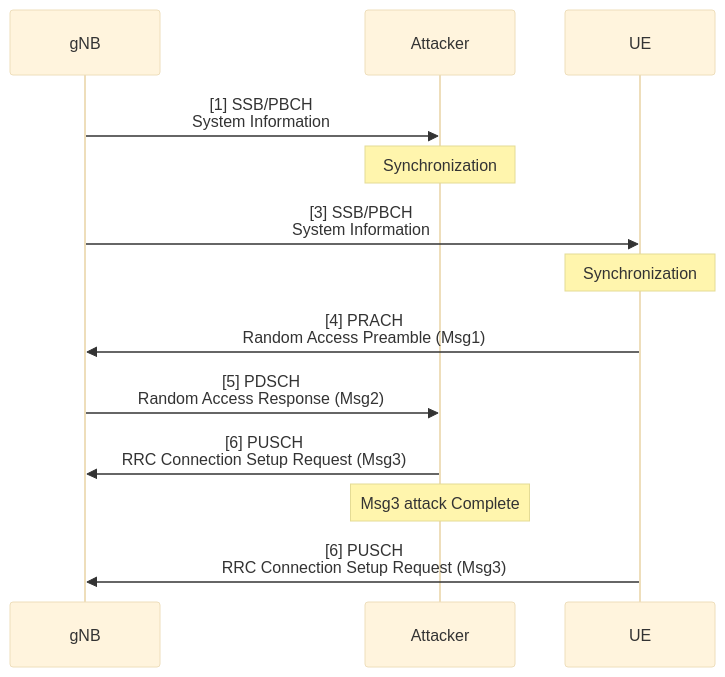
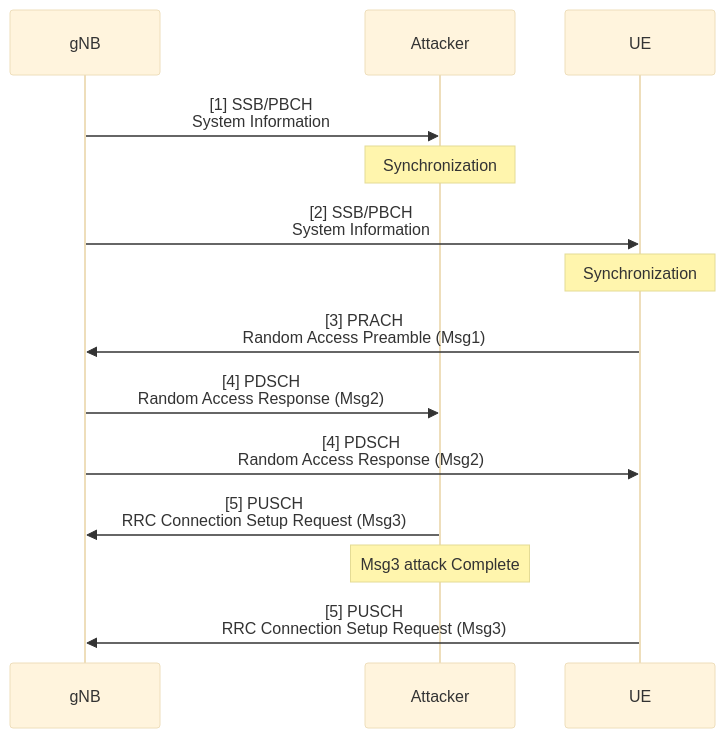
Before and after one commit to bmw-ece-ntust/wilfrid-prach-attack-analysis: the first of 3 diagrams in docs/Thesis (Basic Msg3 Model).md, drawn with Mermaid (base theme).

Commit message:
Update Thesis (Basic Msg3 Model).md

````diff
--- a/docs/Thesis (Basic Msg3 Model).md
+++ b/docs/Thesis (Basic Msg3 Model).md
@@ -21,12 +21,13 @@
 ```mermaid
 sequenceDiagram
     gNB->>Attacker: [1] SSB/PBCH<br/>System Information
     Note over Attacker: Synchronization
-    gNB->>UE: [3] SSB/PBCH<br/>System Information
+    gNB->>UE: [2] SSB/PBCH<br/>System Information
     Note over UE: Synchronization
-    UE->>gNB: [4] PRACH<br/>Random Access Preamble (Msg1)
-    gNB->>Attacker: [5] PDSCH<br/>Random Access Response (Msg2)
-    Attacker->>gNB: [6] PUSCH<br/>RRC Connection Setup Request (Msg3)
+    UE->>gNB: [3] PRACH<br/>Random Access Preamble (Msg1)
+    gNB->>Attacker: [4] PDSCH<br/>Random Access Response (Msg2)
+    gNB->>UE: [4] PDSCH<br/>Random Access Response (Msg2)
+    Attacker->>gNB: [5] PUSCH<br/>RRC Connection Setup Request (Msg3)
     Note over Attacker: Msg3 attack Complete
-    UE->>gNB: [6] PUSCH<br/>RRC Connection Setup Request (Msg3)
+    UE->>gNB: [5] PUSCH<br/>RRC Connection Setup Request (Msg3)
 ```
````
